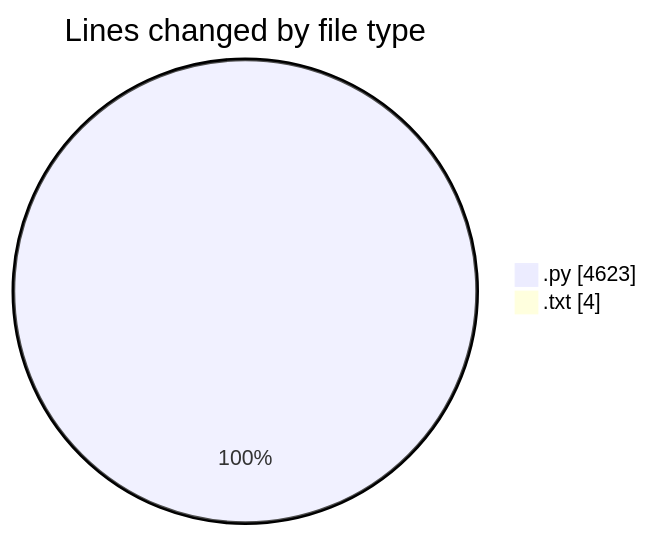
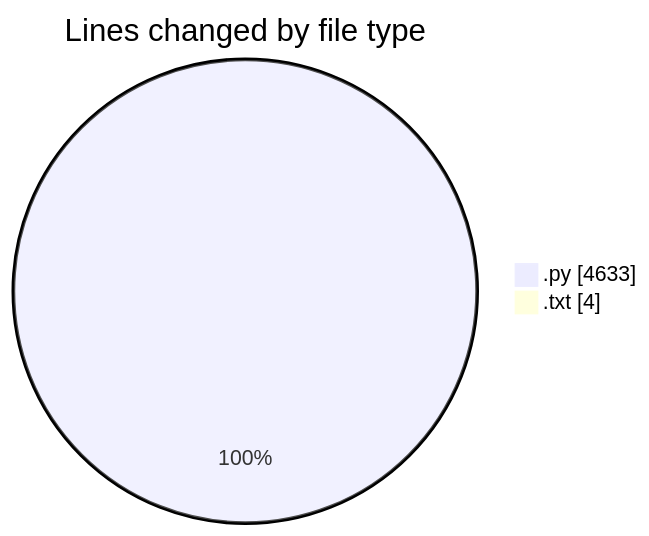
Before and after one commit to CELIANVF/code-tracking: the first of 2 diagrams in 2025-06-01/video_app/README.md, drawn with Mermaid. The commit also changed other lines of this file and 1 other file, not shown here.

````diff
--- a/2025-06-01/video_app/README.md
+++ b/2025-06-01/video_app/README.md
@@ -29,6 +29,6 @@
 ```mermaid
 pie showData
 title Lines changed by file type
-".py" : 4623
+".py" : 4633
 ".txt" : 4
 ```
````
